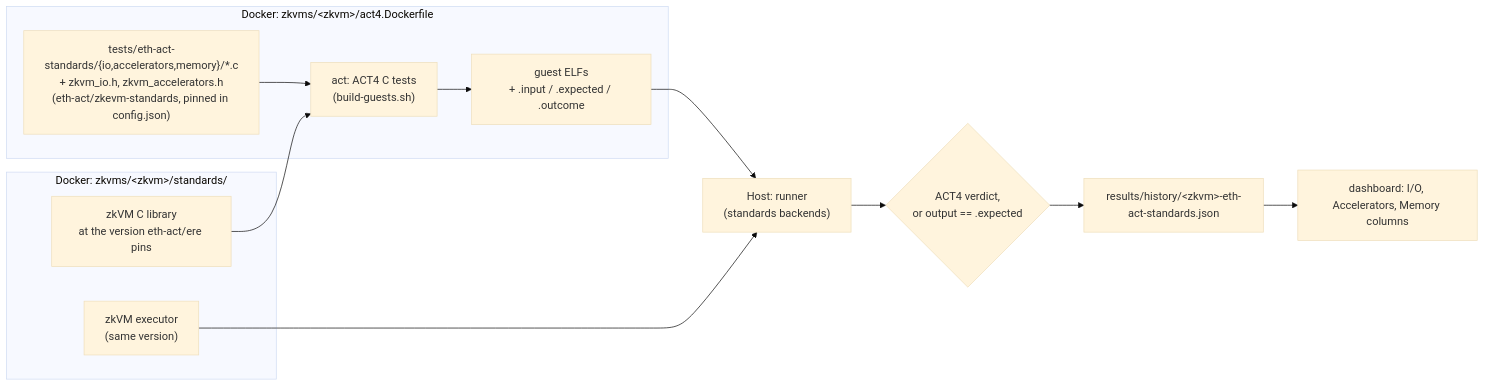
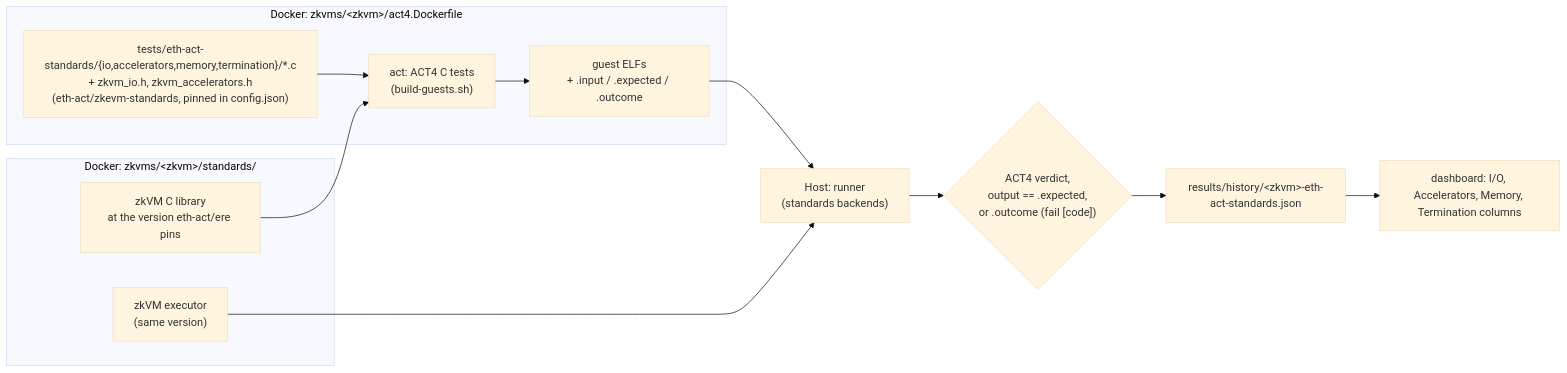
The second of 2 diagrams in README.md (eth-act/zkevm-test-monitor), drawn with Mermaid (base theme) before and after one commit. The commit also changed other lines of this file and 14 other files, not shown here.

First line of the commit message:
eth-act standards tests: classify abnormal termination and test the main return value

````diff
--- a/README.md
+++ b/README.md
@@ -46,17 +46,17 @@
 ```mermaid
 flowchart LR
     subgraph image["Docker: zkvms/&lt;zkvm&gt;/standards/"]
         vendor["zkVM C library<br/>at the version eth-act/ere pins"]
         exe["zkVM executor<br/>(same version)"]
     end
     subgraph act["Docker: zkvms/&lt;zkvm&gt;/act4.Dockerfile"]
-        src["tests/eth-act-standards/{io,accelerators,memory}/*.c<br/>+ zkvm_io.h, zkvm_accelerators.h<br/>(eth-act/zkevm-standards, pinned in config.json)"] --> build["act: ACT4 C tests<br/>(build-guests.sh)"]
+        src["tests/eth-act-standards/{io,accelerators,memory,termination}/*.c<br/>+ zkvm_io.h, zkvm_accelerators.h<br/>(eth-act/zkevm-standards, pinned in config.json)"] --> build["act: ACT4 C tests<br/>(build-guests.sh)"]
         build --> elfs["guest ELFs<br/>+ .input / .expected / .outcome"]
     end
     vendor --> build
     elfs --> runner["Host: runner<br/>(standards backends)"]
     exe --> runner
-    runner --> verdict{"ACT4 verdict,<br/>or output == .expected"}
+    runner --> verdict{"ACT4 verdict,<br/>output == .expected,<br/>or .outcome (fail [code])"}
     verdict --> hist["results/history/&lt;zkvm&gt;-eth-act-standards.json"]
-    hist --> dash["dashboard: I/O, Accelerators, Memory columns"]
+    hist --> dash["dashboard: I/O, Accelerators, Memory, Termination columns"]
 ```
````
